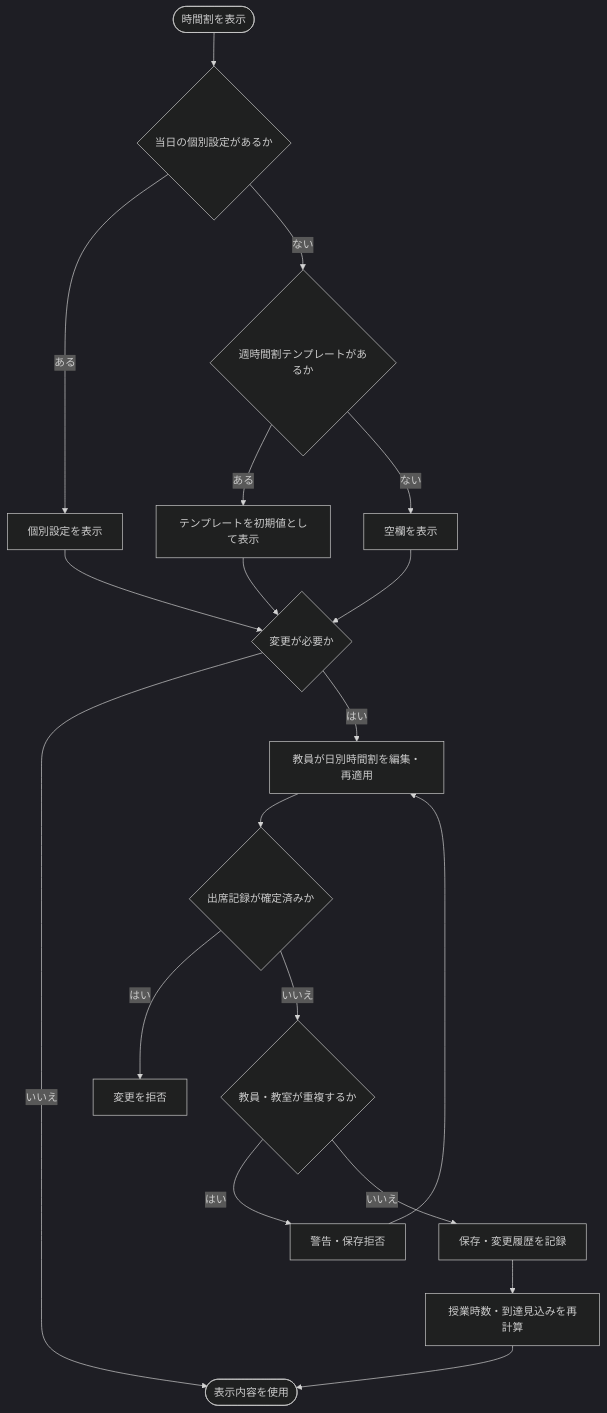
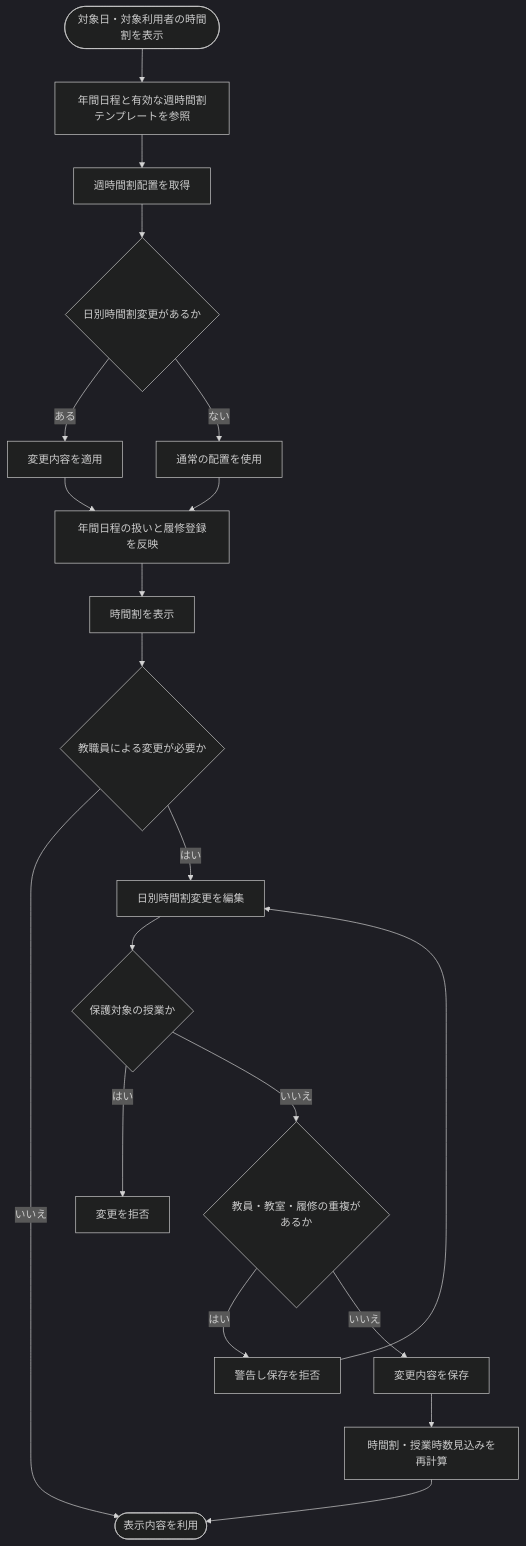
Before and after one commit to tomo151215/multi-managemnt-system: the first of 6 diagrams in doc/要件定義書.md, drawn with Mermaid (dark theme). The commit also changed other lines of this file, not shown here.

````diff
--- a/doc/要件定義書.md
+++ b/doc/要件定義書.md
@@ -105,21 +236,22 @@
 ```mermaid
 flowchart TD
-    A([時間割を表示]) --> B{当日の個別設定があるか}
-    B -->|ある| C[個別設定を表示]
-    B -->|ない| D{週時間割テンプレートがあるか}
-    D -->|ある| E[テンプレートを初期値として表示]
-    D -->|ない| F[空欄を表示]
-    C --> G{変更が必要か}
-    E --> G
+    A([対象日・対象利用者の時間割を表示]) --> B[年間日程と有効な週時間割テンプレートを参照]
+    B --> C[週時間割配置を取得]
+    C --> D{日別時間割変更があるか}
+    D -->|ある| E[変更内容を適用]
+    D -->|ない| F[通常の配置を使用]
+    E --> G[年間日程の扱いと履修登録を反映]
     F --> G
-    G -->|いいえ| H([表示内容を使用])
-    G -->|はい| I[教員が日別時間割を編集・再適用]
-    I --> J{出席記録が確定済みか}
-    J -->|はい| K[変更を拒否]
-    J -->|いいえ| L{教員・教室が重複するか}
-    L -->|はい| M[警告・保存拒否]
-    M --> I
-    L -->|いいえ| N[保存・変更履歴を記録]
-    N --> O[授業時数・到達見込みを再計算]
-    O --> H
+    G --> H[時間割を表示]
+    H --> I{教職員による変更が必要か}
+    I -->|いいえ| J([表示内容を利用])
+    I -->|はい| K[日別時間割変更を編集]
+    K --> L{保護対象の授業か}
+    L -->|はい| M[変更を拒否]
+    L -->|いいえ| N{教員・教室・履修の重複があるか}
+    N -->|はい| O[警告し保存を拒否]
+    O --> K
+    N -->|いいえ| P[変更内容を保存]
+    P --> Q[時間割・授業時数見込みを再計算]
+    Q --> J
 ```
````
